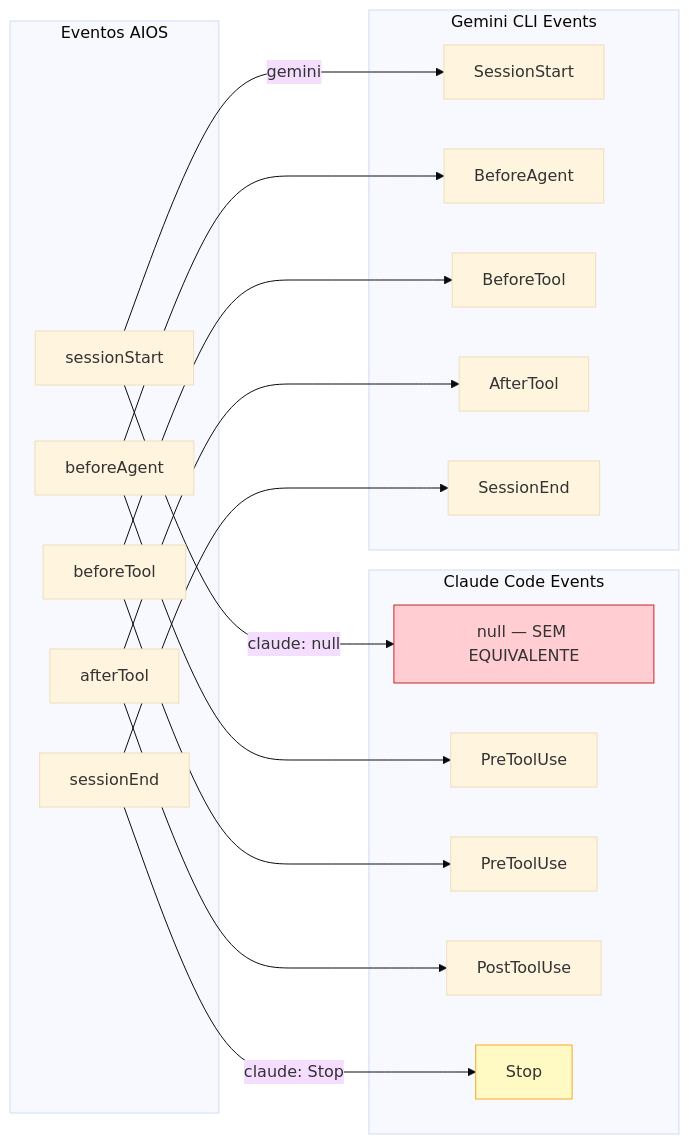
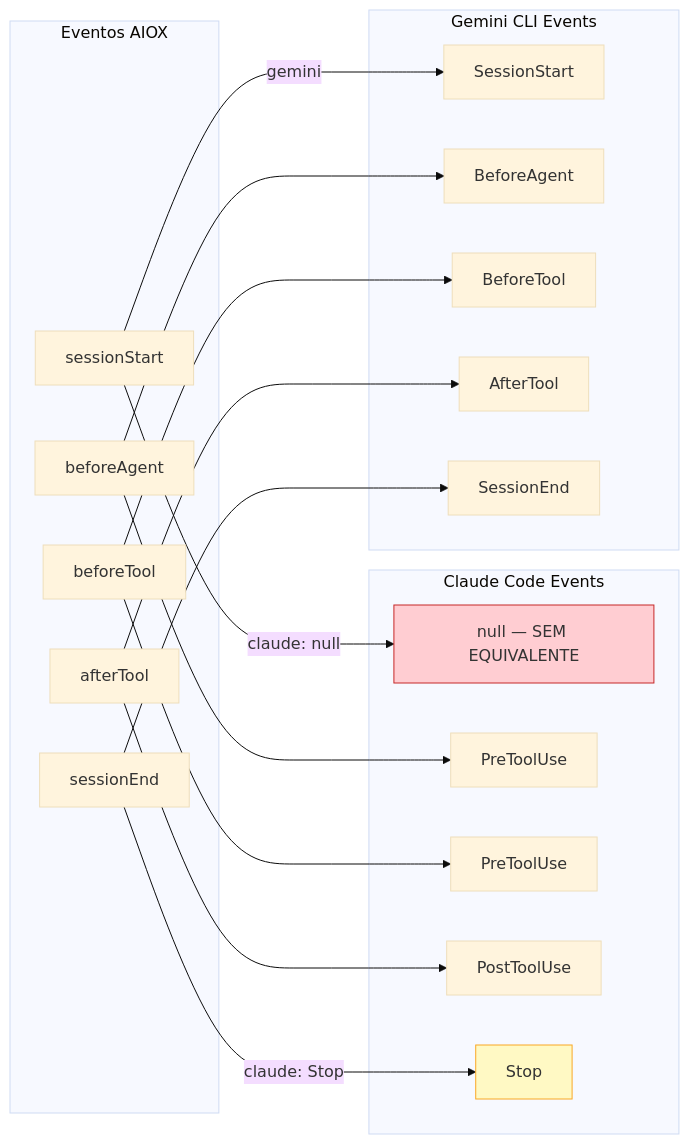
One commit to fabioeducacross/-Book-de-Resultados changed diagram 17 of 18 in docs/guides/MEMORY-SYSTEM.md. Above: the diagram before and after it, drawn with Mermaid (base theme). The commit also changed other lines of this file and 867 other files, not shown here.

````diff
--- a/docs/guides/MEMORY-SYSTEM.md
+++ b/docs/guides/MEMORY-SYSTEM.md
@@ -759,40 +759,40 @@
 ```mermaid
 flowchart LR
-    subgraph AIOS_EVENTS["Eventos AIOS"]
+    subgraph AIOS_EVENTS["Eventos AIOX"]
         E1["sessionStart"]
         E2["beforeAgent"]
         E3["beforeTool"]
         E4["afterTool"]
         E5["sessionEnd"]
     end
 
     subgraph CLAUDE_EVENTS["Claude Code Events"]
         CE1["null — SEM EQUIVALENTE"]
         CE2["PreToolUse"]
         CE3["PreToolUse"]
         CE4["PostToolUse"]
         CE5["Stop"]
     end
 
     subgraph GEMINI_EVENTS["Gemini CLI Events"]
         GE1["SessionStart"]
         GE2["BeforeAgent"]
         GE3["BeforeTool"]
         GE4["AfterTool"]
         GE5["SessionEnd"]
     end
 
     E1 -->|"claude: null"| CE1
     E1 -->|"gemini"| GE1
     E2 --> CE2
     E2 --> GE2
     E3 --> CE3
     E3 --> GE3
     E4 --> CE4
     E4 --> GE4
     E5 -->|"claude: Stop"| CE5
     E5 --> GE5
 
     style CE1 fill:#FFCDD2,stroke:#C62828
     style CE5 fill:#FFF9C4,stroke:#F9A825
 ```
````
